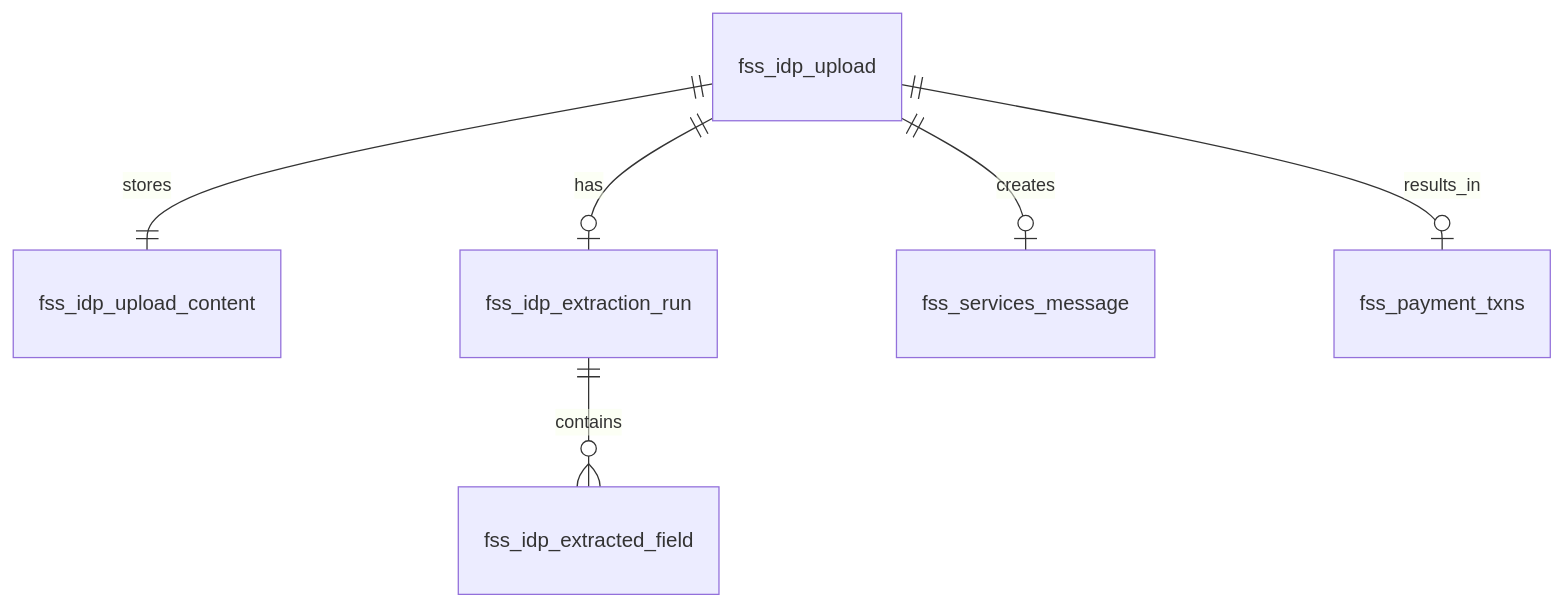
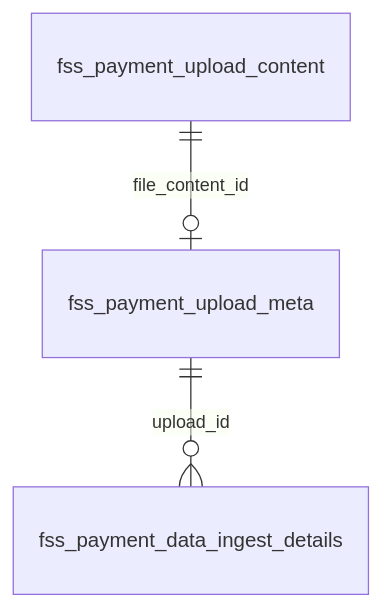
The third of 3 diagrams in final/IDP_Document_Ingestion_Design.md (suresh0731/payment), drawn with Mermaid before and after one commit. The commit also changed other lines of this file and 6 other files, not shown here.

````diff
--- a/final/IDP_Document_Ingestion_Design.md
+++ b/final/IDP_Document_Ingestion_Design.md
@@ -485,8 +450,5 @@
 ```mermaid
 erDiagram
-    fss_idp_upload ||--|| fss_idp_upload_content : stores
-    fss_idp_upload ||--o| fss_idp_extraction_run : has
-    fss_idp_extraction_run ||--o{ fss_idp_extracted_field : contains
-    fss_idp_upload ||--o| fss_services_message : creates
-    fss_idp_upload ||--o| fss_payment_txns : results_in
+    fss_payment_upload_content ||--o| fss_payment_upload_meta : file_content_id
+    fss_payment_upload_meta ||--o{ fss_payment_data_ingest_details : upload_id
 ```
````
